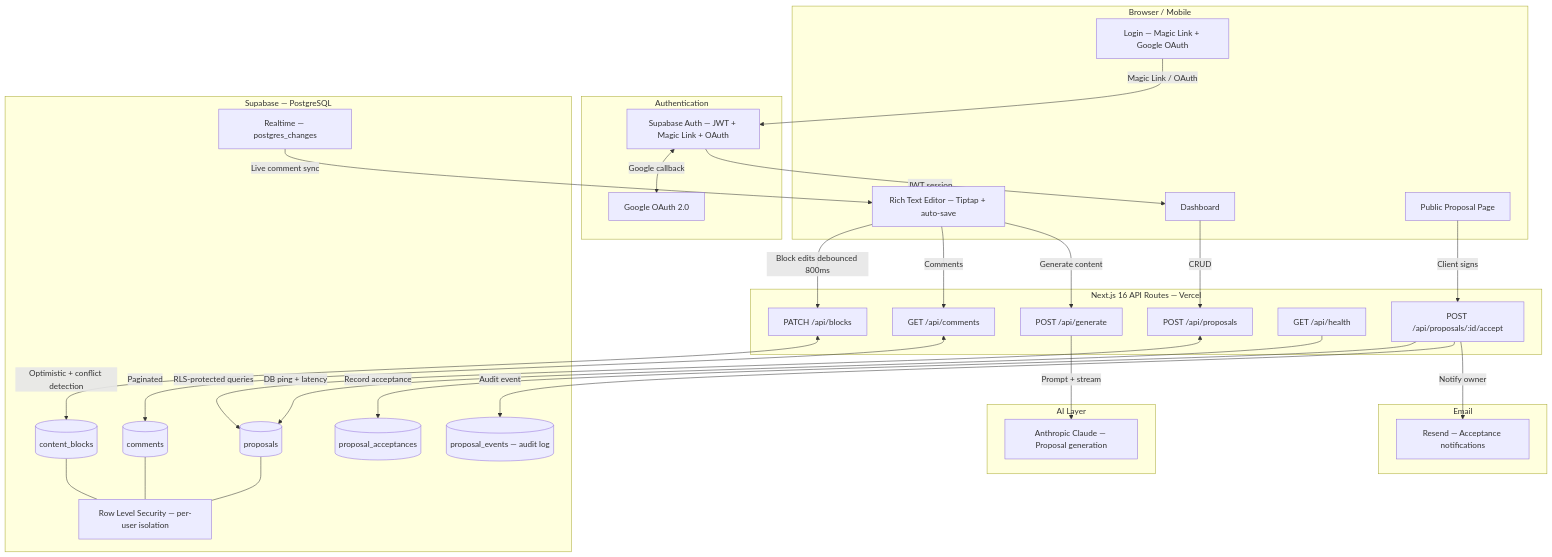
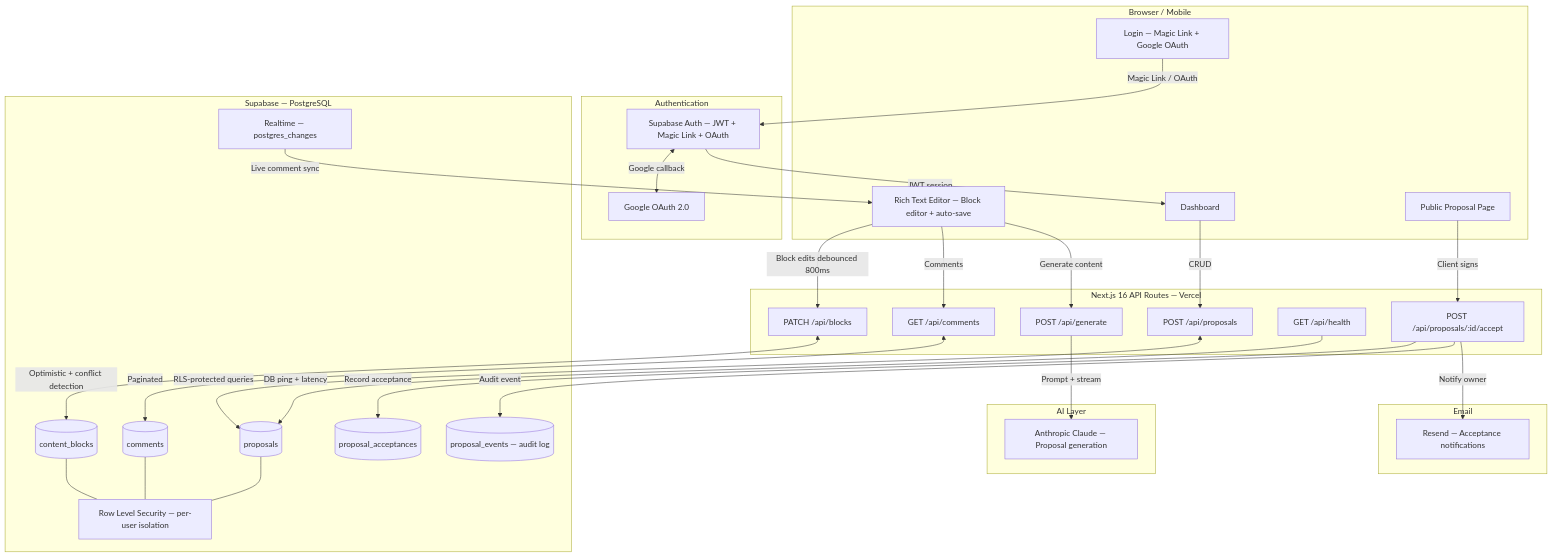
Before and after one commit to RexOwenDev/proposal-studio: the first of 2 diagrams in README.md, drawn with Mermaid. The commit also changed other lines of this file and 4 other files, not shown here.

````diff
--- a/README.md
+++ b/README.md
@@ -23,66 +23,66 @@
 ```mermaid
 flowchart TD
     subgraph Client["Browser / Mobile"]
         A1[Dashboard]
-        A2["Rich Text Editor — Tiptap + auto-save"]
+        A2["Rich Text Editor — Block editor + auto-save"]
         A3[Public Proposal Page]
         A4["Login — Magic Link + Google OAuth"]
     end
 
     subgraph API["Next.js 16 API Routes — Vercel"]
         B1["POST /api/proposals"]
         B2["PATCH /api/blocks"]
         B3["GET /api/comments"]
         B4["POST /api/generate"]
         B5["GET /api/health"]
         B6["POST /api/proposals/:id/accept"]
     end
 
     subgraph Auth["Authentication"]
         C1["Supabase Auth — JWT + Magic Link + OAuth"]
         C2[Google OAuth 2.0]
     end
 
     subgraph DB["Supabase — PostgreSQL"]
         D1[(proposals)]
         D2[(content_blocks)]
         D3[(comments)]
         D4[(proposal_acceptances)]
         D5[("proposal_events — audit log")]
         D6["Row Level Security — per-user isolation"]
         D7["Realtime — postgres_changes"]
     end
 
     subgraph AI["AI Layer"]
         E1["Anthropic Claude — Proposal generation"]
     end
 
     subgraph Email["Email"]
         F1["Resend — Acceptance notifications"]
     end
 
     A4 -->|Magic Link / OAuth| C1
     C1 <-->|Google callback| C2
     C1 -->|JWT session| A1
 
     A1 -->|CRUD| B1
     A2 -->|Block edits debounced 800ms| B2
     A2 -->|Comments| B3
     A2 -->|Generate content| B4
     A3 -->|Client signs| B6
 
     B1 <-->|RLS-protected queries| D1
     B2 <-->|Optimistic + conflict detection| D2
     B3 <-->|Paginated| D3
     B6 -->|Record acceptance| D4
     B6 -->|Audit event| D5
     B6 -->|Notify owner| F1
     B4 -->|Prompt + stream| E1
 
     D7 -->|Live comment sync| A2
     B5 -->|DB ping + latency| D1
 
     D1 --- D6
     D2 --- D6
     D3 --- D6
 ```
````
